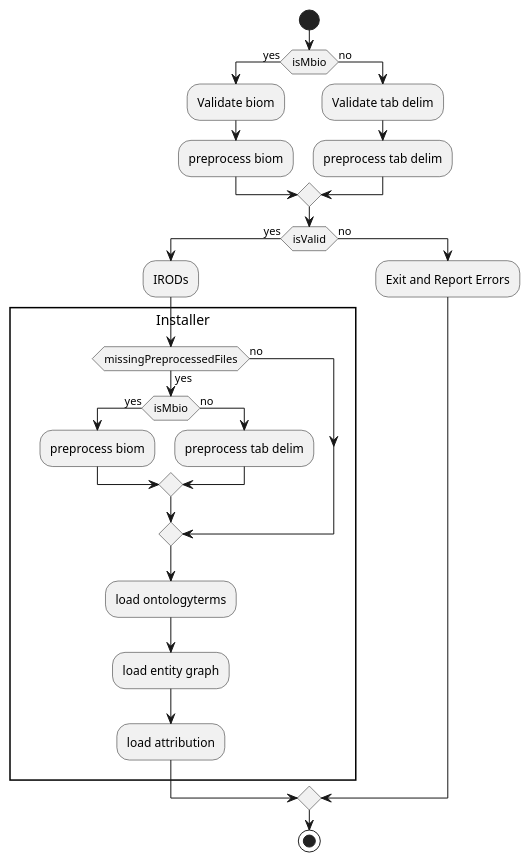
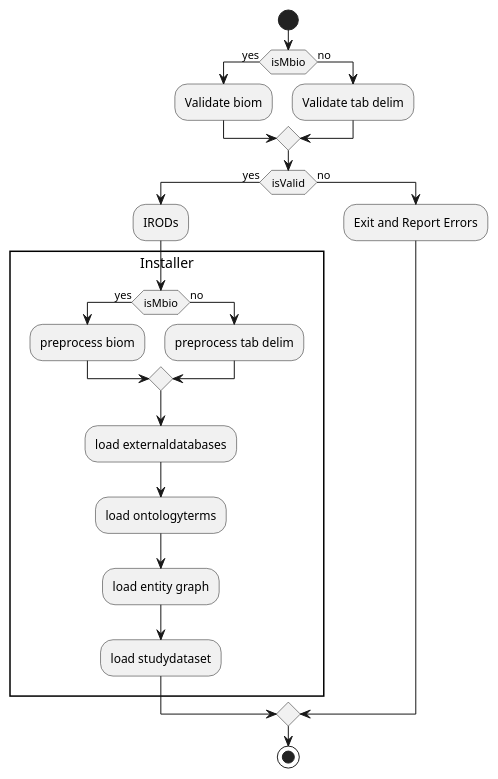
One commit to jbrestel/org-docs changed the diagram in project_planning/eda_diy.org. Above: the diagram before and after it, drawn with PlantUML. The commit also changed other lines of this file and 1 other file, not shown here.

```diff
--- a/project_planning/eda_diy.org
+++ b/project_planning/eda_diy.org
@@ -13,30 +21,26 @@
 #+begin_src plantuml :file images/eda_diy.png :exports results
 start
 if(isMbio) then (yes)
   :Validate biom;
-  :preprocess biom;
  else(no)
   :Validate tab delim;
-  :preprocess tab delim;
 endif
 if(isValid) then (yes)
   :IRODs;
   rectangle Installer {
-  if(missingPreprocessedFiles) then (yes)
-    if(isMbio) then (yes)
-      :preprocess biom;
-    else(no)
-      :preprocess tab delim;
-    endif
-  else (no)
+  if(isMbio) then (yes)
+    :preprocess biom;
+  else(no)
+    :preprocess tab delim;
   endif
-   :load ontologyterms;
-   :load entity graph;
-   :load attribution;
+  :load externaldatabases;
+  :load ontologyterms;
+  :load entity graph;
+  :load studydataset;
         }
 else (no)
   :Exit and Report Errors;
 endif
 
 stop
 #+end_src
```
